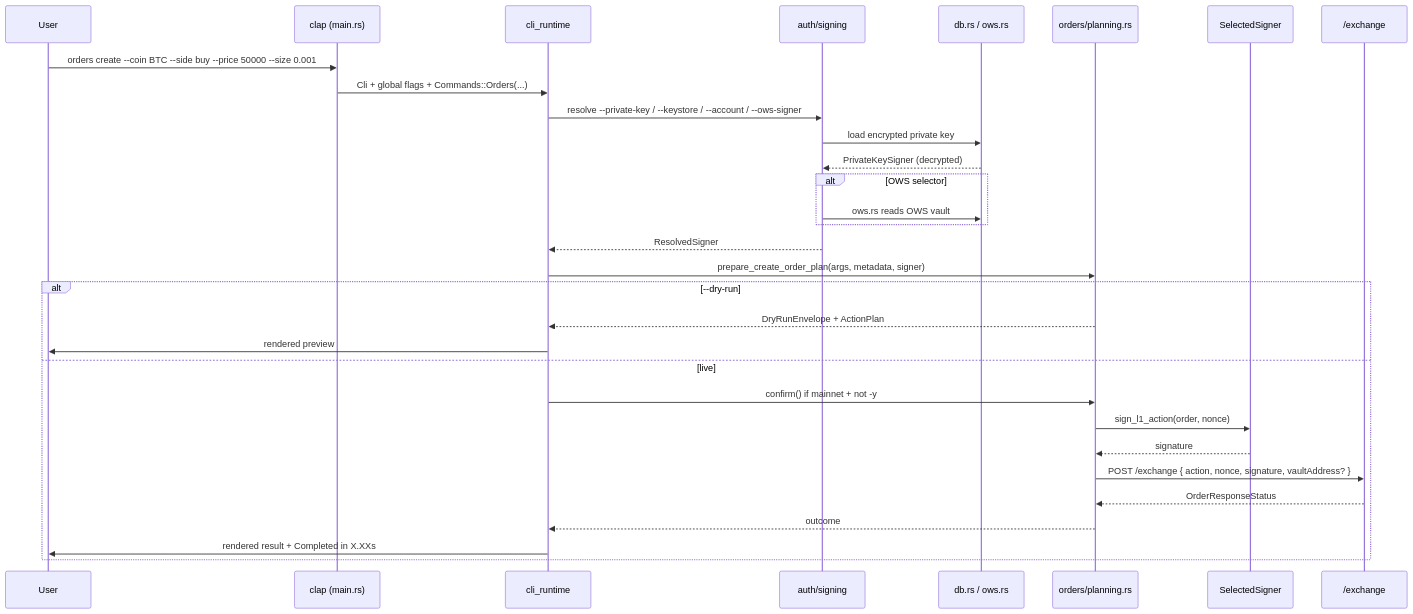
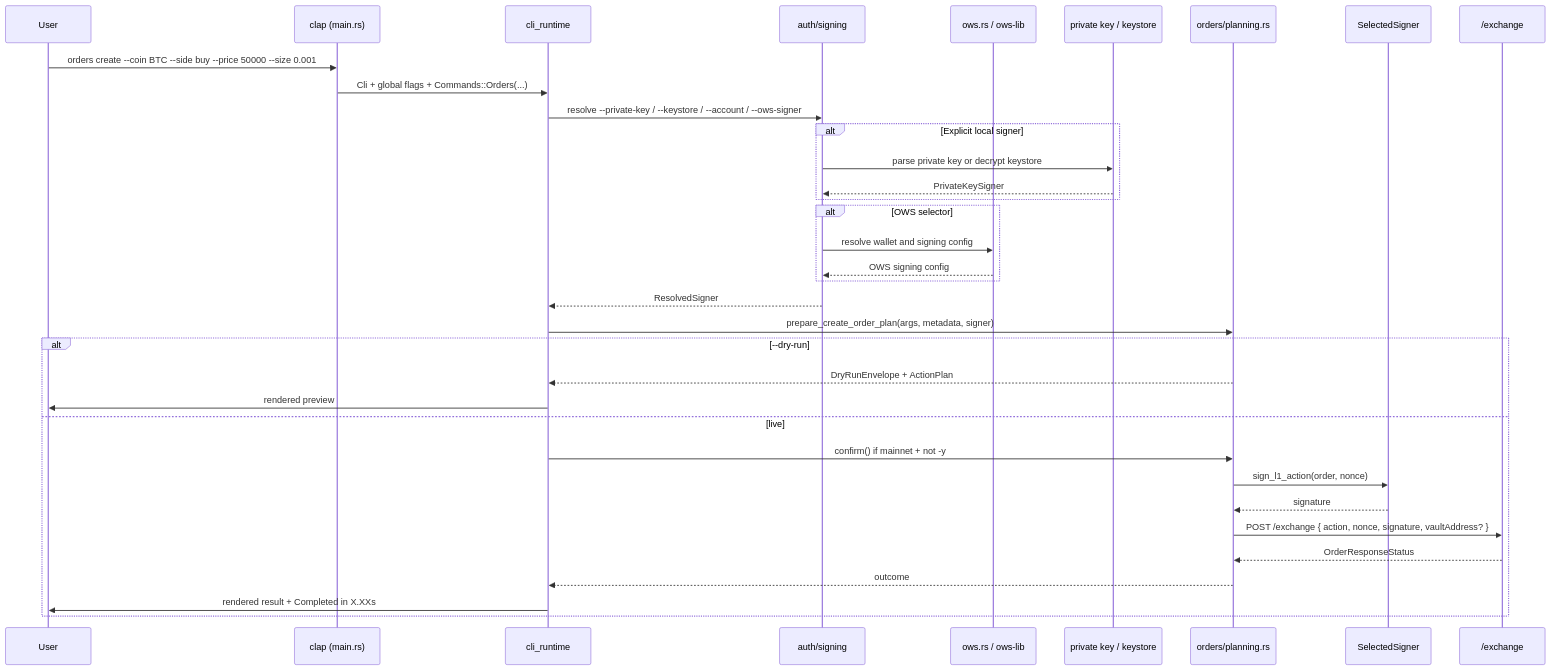
One commit to hypurrclaw/hyperliquid-cli changed the second of 4 diagrams in droid-wiki/overview/architecture.md. Above: the diagram before and after it, drawn with Mermaid. The commit also changed other lines of this file and 43 other files, not shown here.

````diff
--- a/droid-wiki/overview/architecture.md
+++ b/droid-wiki/overview/architecture.md
@@ -53,34 +52,38 @@
 ```mermaid
 sequenceDiagram
     participant User
     participant Clap as clap (main.rs)
     participant Runtime as cli_runtime
     participant Auth as auth/signing
-    participant Db as db.rs / ows.rs
+    participant Ows as ows.rs / ows-lib
+    participant Local as private key / keystore
     participant Plan as orders/planning.rs
     participant Sign as SelectedSigner
     participant API as /exchange
 
     User->>Clap: orders create --coin BTC --side buy --price 50000 --size 0.001
     Clap->>Runtime: Cli + global flags + Commands::Orders(...)
     Runtime->>Auth: resolve --private-key / --keystore / --account / --ows-signer
-    Auth->>Db: load encrypted private key
-    Db-->>Auth: PrivateKeySigner (decrypted)
+    alt Explicit local signer
+        Auth->>Local: parse private key or decrypt keystore
+        Local-->>Auth: PrivateKeySigner
+    end
     alt OWS selector
-        Auth->>Db: ows.rs reads OWS vault
+        Auth->>Ows: resolve wallet and signing config
+        Ows-->>Auth: OWS signing config
     end
     Auth-->>Runtime: ResolvedSigner
     Runtime->>Plan: prepare_create_order_plan(args, metadata, signer)
     alt --dry-run
         Plan-->>Runtime: DryRunEnvelope + ActionPlan
         Runtime->>User: rendered preview
     else live
         Runtime->>Plan: confirm() if mainnet + not -y
         Plan->>Sign: sign_l1_action(order, nonce)
         Sign-->>Plan: signature
         Plan->>API: POST /exchange { action, nonce, signature, vaultAddress? }
         API-->>Plan: OrderResponseStatus
         Plan-->>Runtime: outcome
         Runtime->>User: rendered result + Completed in X.XXs
     end
 ```
````
